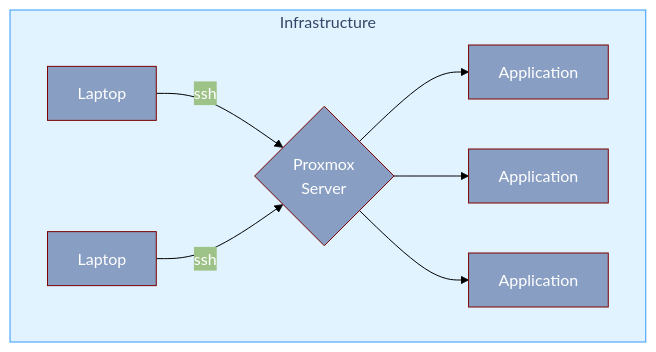
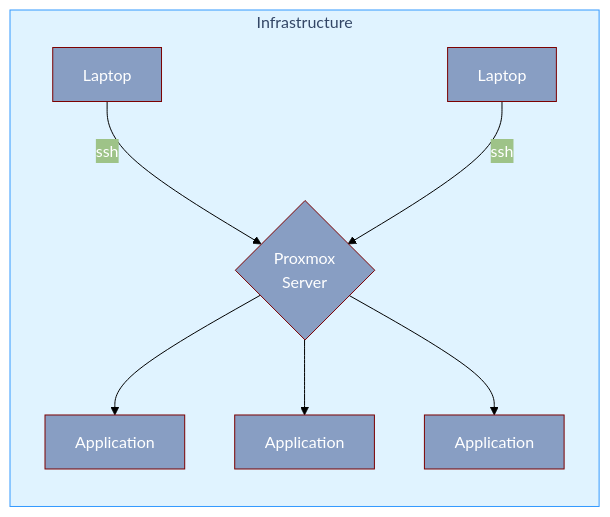
The diagram in README.md (rafaelurrutiasilva/Proxmox_on_Nuc), drawn with Mermaid before and after one commit.

````diff
--- a/README.md
+++ b/README.md
@@ -5,29 +5,29 @@
 ```mermaid
 ---
 config:
   theme: 'base'
   themeVariables:
     primaryColor: '#889ec3'
     primaryTextColor: '#fff'
     primaryBorderColor: '#7C0000'
     lineColor: '#000000'
     secondaryColor: '#184968`
     tertiaryColor: '#fff'
 ---
-flowchart TD
+flowchart BT
 
 subgraph infra[Infrastructure]
     A[Laptop]
     B[Laptop]
     C{"Proxmox<br>Server"}
 
     A -->|ssh| C
     B -->|ssh| C 
 
     C --> D[Application]
     C --> E[Application]
     C --> F[Application]
 end
 
 style infra fill:#e0f3ff,stroke:#3399ff,stroke-width:1px
 ```
````
